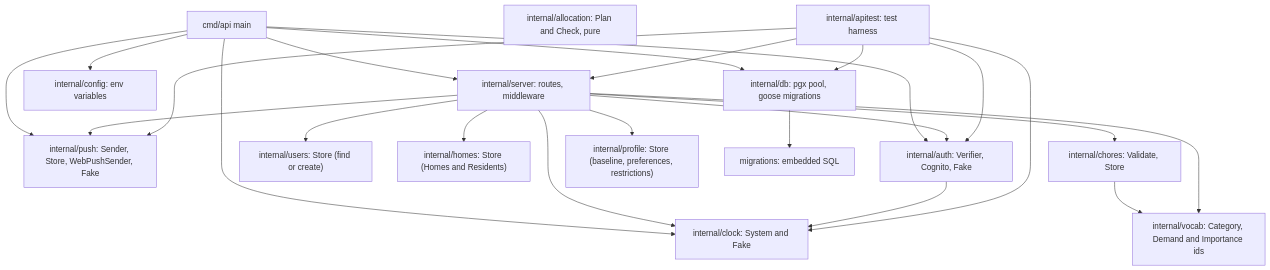
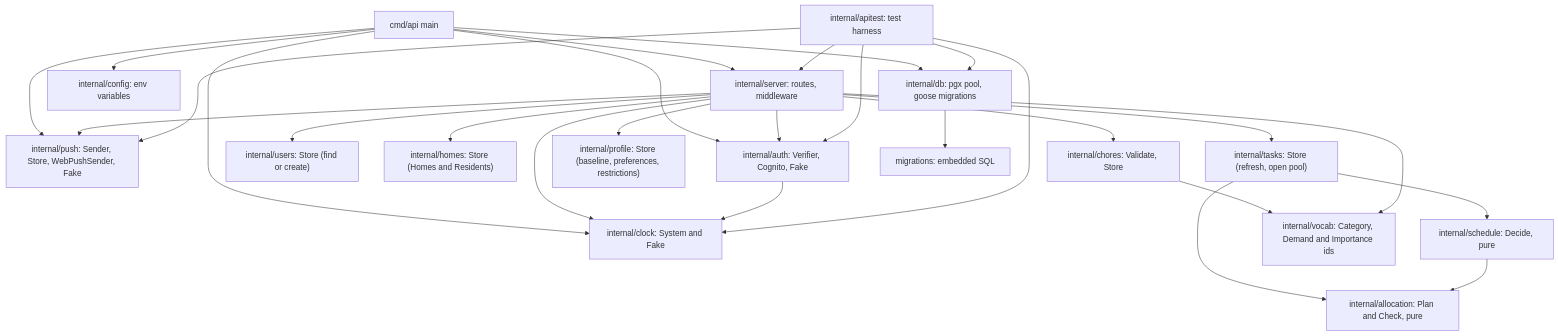
Before and after one commit to AbnerWillclefy/Homeowner: the first of 3 diagrams in docs/architecture/backend.md, drawn with Mermaid. The commit also changed other lines of this file and 3 other files, not shown here.

Commit message:
docs(architecture): describe tasks, schedule and the open pool route

````diff
--- a/docs/architecture/backend.md
+++ b/docs/architecture/backend.md
@@ -16,41 +16,47 @@
 ```mermaid
 flowchart TD
     main["cmd/api main"]
     server["internal/server: routes, middleware"]
     config["internal/config: env variables"]
     db["internal/db: pgx pool, goose migrations"]
     clock["internal/clock: System and Fake"]
     push["internal/push: Sender, Store, WebPushSender, Fake"]
     auth["internal/auth: Verifier, Cognito, Fake"]
     users["internal/users: Store (find or create)"]
     homes["internal/homes: Store (Homes and Residents)"]
     chores["internal/chores: Validate, Store"]
     profile["internal/profile: Store (baseline, preferences, restrictions)"]
+    schedule["internal/schedule: Decide, pure"]
+    tasks["internal/tasks: Store (refresh, open pool)"]
     vocab["internal/vocab: Category, Demand and Importance ids"]
     mig["migrations: embedded SQL"]
     alloc["internal/allocation: Plan and Check, pure"]
     apitest["internal/apitest: test harness"]
 
     main --> config
     main --> db
     main --> server
     main --> clock
     main --> push
     main --> auth
     server --> clock
     server --> push
     server --> auth
     server --> users
     server --> homes
     server --> profile
     server --> chores
+    server --> tasks
+    tasks --> schedule
+    tasks --> alloc
+    schedule --> alloc
     chores --> vocab
     server --> vocab
     auth --> clock
     apitest --> push
     apitest --> auth
     db --> mig
     apitest --> server
     apitest --> db
     apitest --> clock
 ```
````
